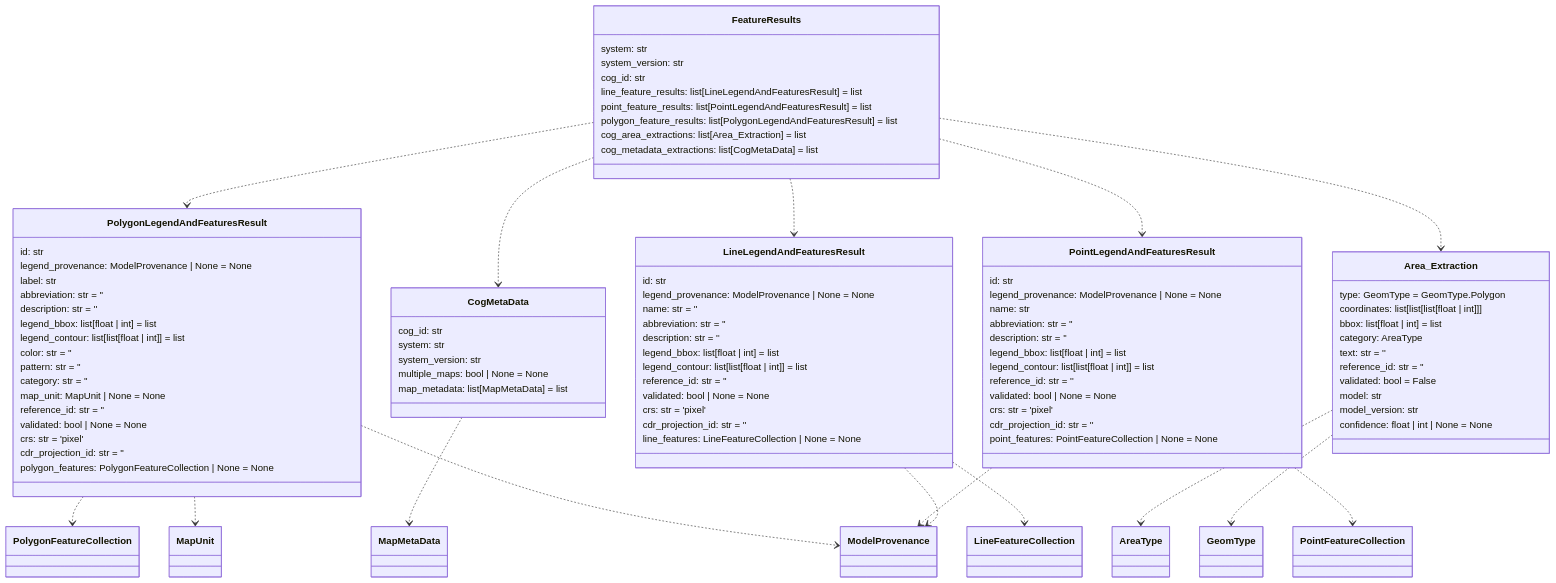
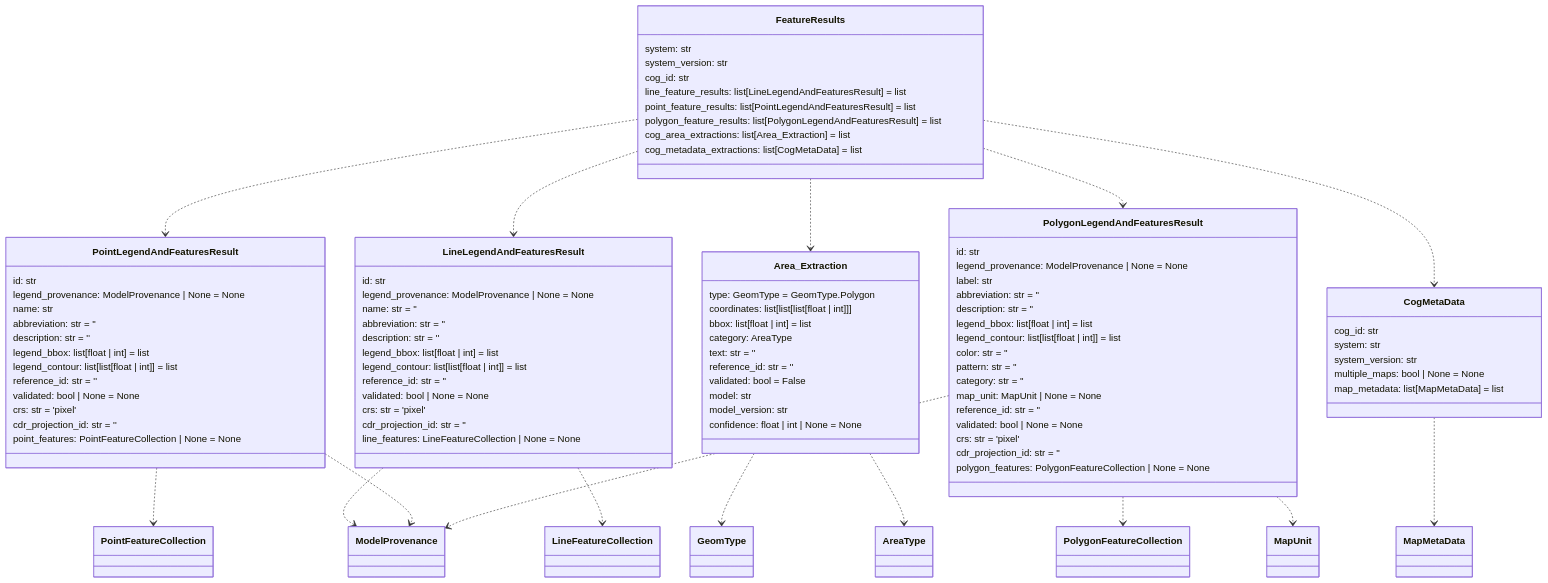
Before and after one commit to DARPA-CRITICALMAAS/cdr_schemas: the fourth of 14 diagrams in README.md, drawn with Mermaid. The commit also changed other lines of this file and 2 other files, not shown here.

````diff
--- a/README.md
+++ b/README.md
@@ -258,31 +258,19 @@
 ```mermaid
 classDiagram
 
-    class PolygonLegendAndFeaturesResult {
+    class PointLegendAndFeaturesResult {
         id: str
         legend_provenance: ModelProvenance | None = None
-        label: str
+        name: str
         abbreviation: str = ''
         description: str = ''
         legend_bbox: list[float | int] = list
         legend_contour: list[list[float | int]] = list
-        color: str = ''
-        pattern: str = ''
-        category: str = ''
-        map_unit: MapUnit | None = None
         reference_id: str = ''
         validated: bool | None = None
         crs: str = 'pixel'
         cdr_projection_id: str = ''
-        polygon_features: PolygonFeatureCollection | None = None
-    }
-
-    class CogMetaData {
-        cog_id: str
-        system: str
-        system_version: str
-        multiple_maps: bool | None = None
-        map_metadata: list[MapMetaData] = list
+        point_features: PointFeatureCollection | None = None
     }
 
     class LineLegendAndFeaturesResult {
@@ -313,6 +301,33 @@
         confidence: float | int | None = None
     }
 
+    class PolygonLegendAndFeaturesResult {
+        id: str
+        legend_provenance: ModelProvenance | None = None
+        label: str
+        abbreviation: str = ''
+        description: str = ''
+        legend_bbox: list[float | int] = list
+        legend_contour: list[list[float | int]] = list
+        color: str = ''
+        pattern: str = ''
+        category: str = ''
+        map_unit: MapUnit | None = None
+        reference_id: str = ''
+        validated: bool | None = None
+        crs: str = 'pixel'
+        cdr_projection_id: str = ''
+        polygon_features: PolygonFeatureCollection | None = None
+    }
+
+    class CogMetaData {
+        cog_id: str
+        system: str
+        system_version: str
+        multiple_maps: bool | None = None
+        map_metadata: list[MapMetaData] = list
+    }
+
     class FeatureResults {
         system: str
         system_version: str
@@ -324,36 +339,21 @@
         cog_metadata_extractions: list[CogMetaData] = list
     }
 
-    class PointLegendAndFeaturesResult {
-        id: str
-        legend_provenance: ModelProvenance | None = None
-        name: str
-        abbreviation: str = ''
-        description: str = ''
-        legend_bbox: list[float | int] = list
-        legend_contour: list[list[float | int]] = list
-        reference_id: str = ''
-        validated: bool | None = None
-        crs: str = 'pixel'
-        cdr_projection_id: str = ''
-        point_features: PointFeatureCollection | None = None
-    }
-
+    Area_Extraction ..> GeomType
     Area_Extraction ..> AreaType
-    Area_Extraction ..> GeomType
+    LineLegendAndFeaturesResult ..> LineFeatureCollection
     LineLegendAndFeaturesResult ..> ModelProvenance
-    LineLegendAndFeaturesResult ..> LineFeatureCollection
     PointLegendAndFeaturesResult ..> PointFeatureCollection
     PointLegendAndFeaturesResult ..> ModelProvenance
     PolygonLegendAndFeaturesResult ..> PolygonFeatureCollection
     PolygonLegendAndFeaturesResult ..> ModelProvenance
     PolygonLegendAndFeaturesResult ..> MapUnit
     CogMetaData ..> MapMetaData
+    FeatureResults ..> PointLegendAndFeaturesResult
+    FeatureResults ..> LineLegendAndFeaturesResult
+    FeatureResults ..> Area_Extraction
     FeatureResults ..> PolygonLegendAndFeaturesResult
     FeatureResults ..> CogMetaData
-    FeatureResults ..> LineLegendAndFeaturesResult
-    FeatureResults ..> Area_Extraction
-    FeatureResults ..> PointLegendAndFeaturesResult
 
 
 ```
````
